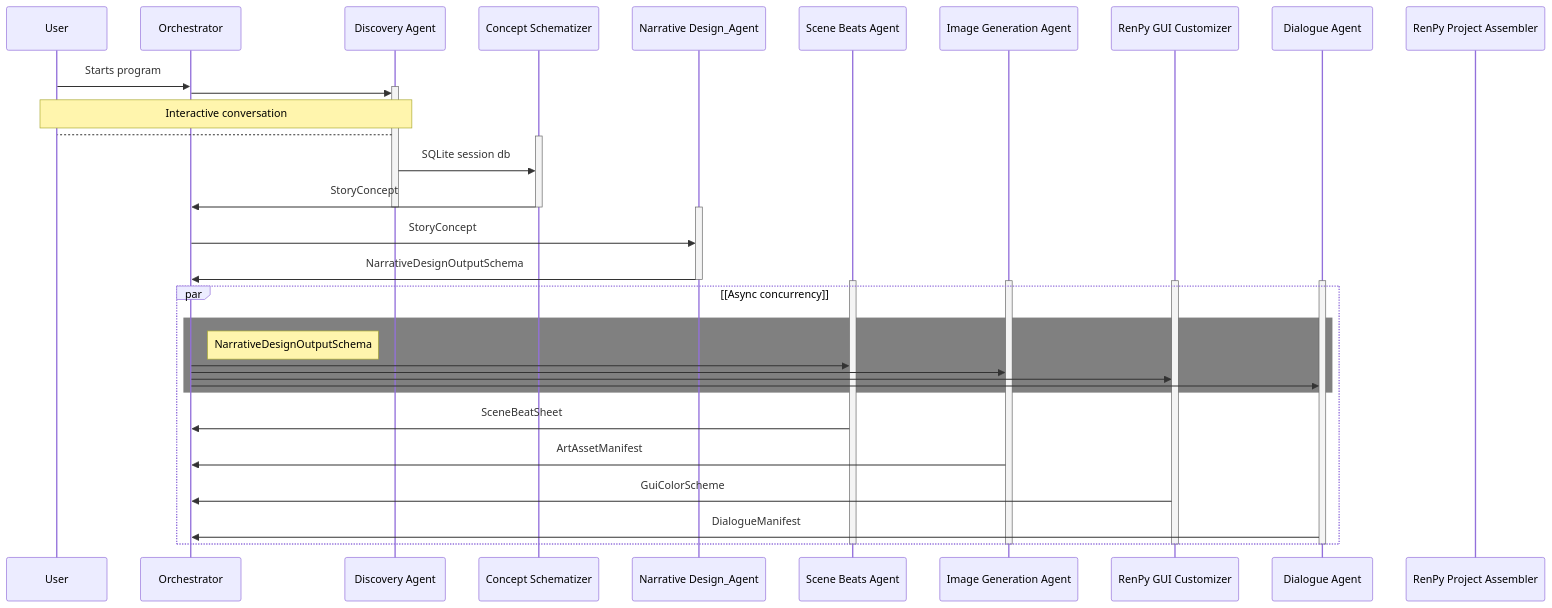
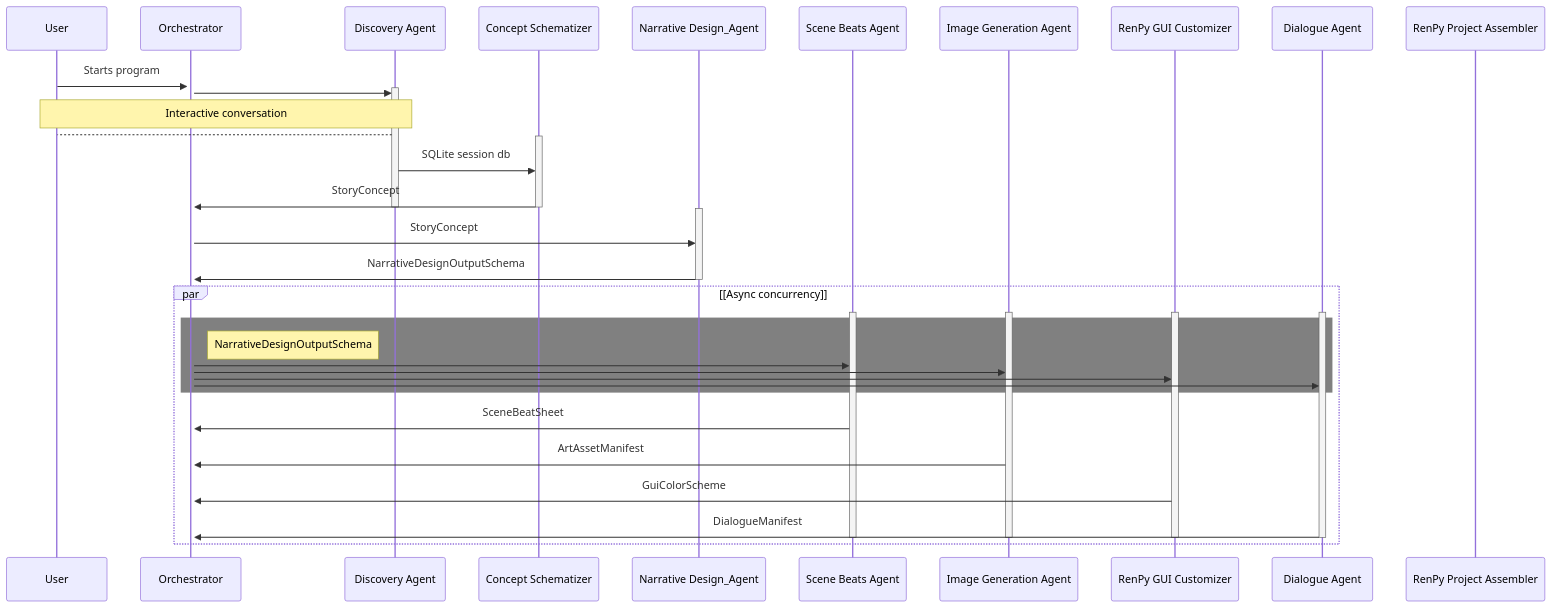
One commit to danglenzig/KARLA_PROD changed the diagram in README.md. Above: the diagram before and after it, drawn with Mermaid.

````diff
--- a/README.md
+++ b/README.md
@@ -108,51 +108,54 @@
 ```mermaid
 sequenceDiagram
     participant USER as User
     participant ORCH as Orchestrator
     participant DISC as Discovery Agent
     participant CONC as Concept Schematizer
     participant NARR as Narrative Design_Agent
     participant BEAT as Scene Beats Agent
     participant ARTS as Image Generation Agent
     participant COLO as RenPy GUI Customizer
     participant DIAL as Dialogue Agent
     participant RNPY as RenPy Project Assembler
 
+    activate ORCH
     USER->>ORCH: Starts program
     activate DISC
     ORCH->>DISC:
     Note over DISC,USER: Interactive conversation
     DISC-->USER:
     activate CONC
     DISC->>CONC: SQLite session db
     CONC->>ORCH: StoryConcept
     deactivate CONC
     deactivate DISC
 
     activate NARR
     ORCH->>NARR: StoryConcept
     NARR->>ORCH: NarrativeDesignOutputSchema
     deactivate NARR
 
-    activate BEAT
-    activate ARTS
-    activate COLO
-    activate DIAL
+    
     par [Async concurrency]
+        activate BEAT
+        activate ARTS
+        activate COLO
+        activate DIAL
         rect rgb(128,128,128)
         note right of ORCH: NarrativeDesignOutputSchema
         ORCH->>BEAT:
         ORCH->>ARTS:
         ORCH->>COLO:
         ORCH->>DIAL:
         end
         BEAT->>ORCH: SceneBeatSheet
         ARTS->>ORCH: ArtAssetManifest
         COLO->>ORCH: GuiColorScheme
         DIAL->>ORCH: DialogueManifest
+        deactivate BEAT
+        deactivate ARTS
+        deactivate COLO
+        deactivate DIAL
     end
-    deactivate BEAT
-    deactivate ARTS
-    deactivate COLO
-    deactivate DIAL
+    
 ```
````
